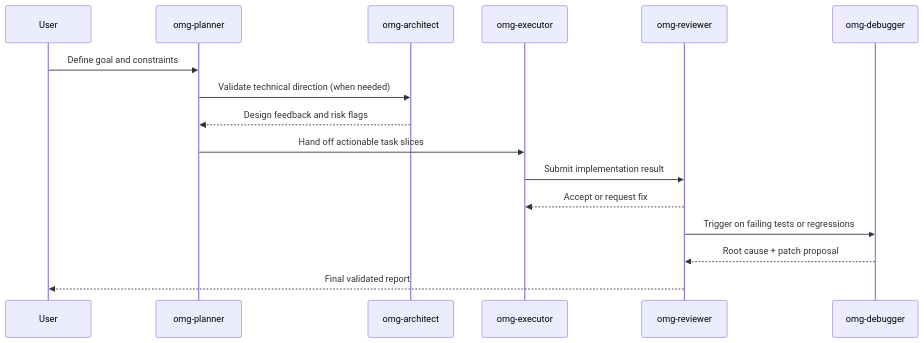
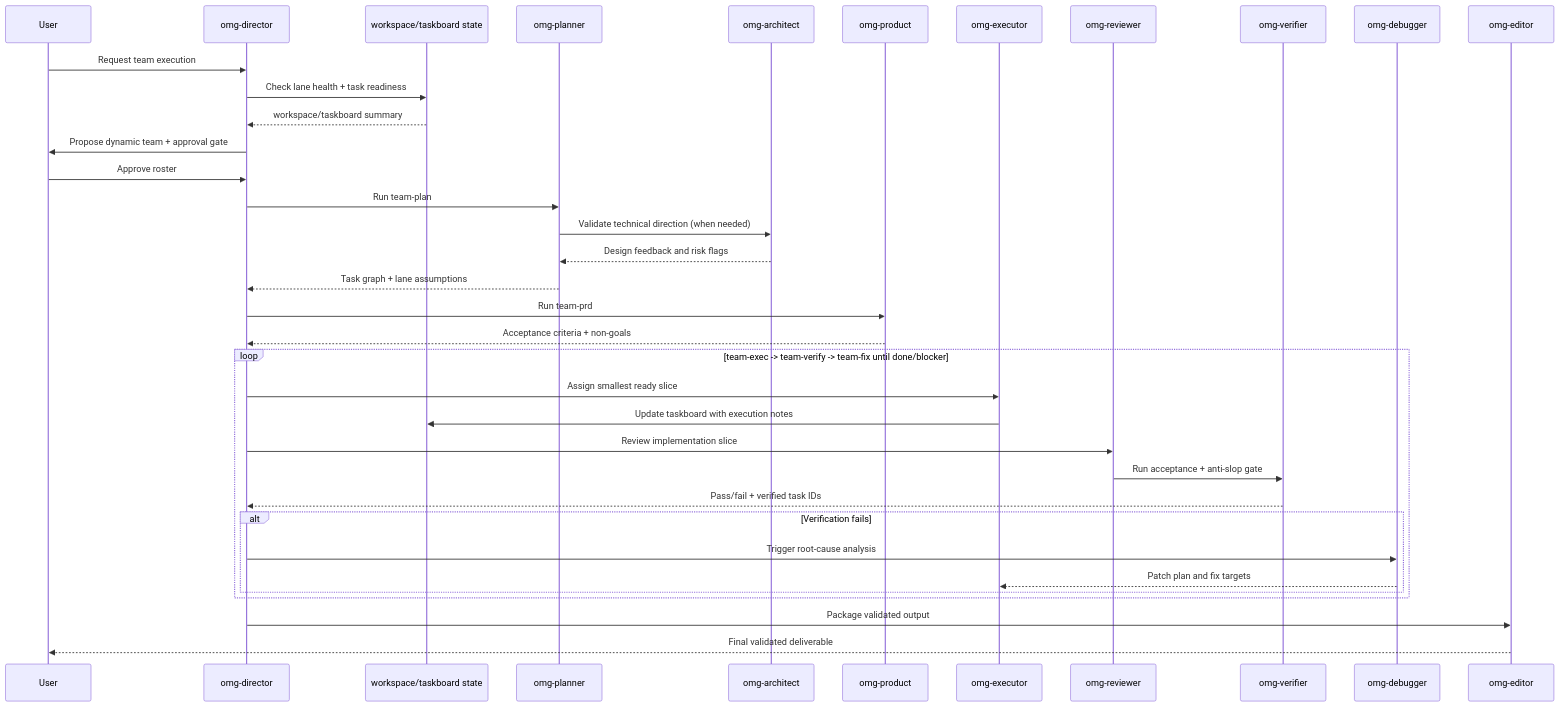
One commit to randi65535/oh-my-gemini-cli changed the second of 2 diagrams in docs/README_es.md. Above: the diagram before and after it, drawn with Mermaid. The commit also changed other lines of this file and 3 other files, not shown here.

````diff
--- a/docs/README_es.md
+++ b/docs/README_es.md
@@ -64,19 +128,41 @@
 ```mermaid
 sequenceDiagram
     participant User
+    participant Director as omg-director
+    participant Workspace as workspace/taskboard state
     participant Planner as omg-planner
     participant Architect as omg-architect
+    participant Product as omg-product
     participant Executor as omg-executor
     participant Reviewer as omg-reviewer
+    participant Verifier as omg-verifier
     participant Debugger as omg-debugger
+    participant Editor as omg-editor
 
-    User->>Planner: Define goal and constraints
+    User->>Director: Request team execution
+    Director->>Workspace: Check lane health + task readiness
+    Workspace-->>Director: workspace/taskboard summary
+    Director->>User: Propose dynamic team + approval gate
+    User->>Director: Approve roster
+    Director->>Planner: Run team-plan
     Planner->>Architect: Validate technical direction (when needed)
     Architect-->>Planner: Design feedback and risk flags
-    Planner->>Executor: Hand off actionable task slices
-    Executor->>Reviewer: Submit implementation result
-    Reviewer-->>Executor: Accept or request fix
-    Reviewer->>Debugger: Trigger on failing tests or regressions
-    Debugger-->>Reviewer: Root cause + patch proposal
-    Reviewer-->>User: Final validated report
+    Planner-->>Director: Task graph + lane assumptions
+    Director->>Product: Run team-prd
+    Product-->>Director: Acceptance criteria + non-goals
+
+    loop team-exec -> team-verify -> team-fix until done/blocker
+        Director->>Executor: Assign smallest ready slice
+        Executor->>Workspace: Update taskboard with execution notes
+        Director->>Reviewer: Review implementation slice
+        Reviewer->>Verifier: Run acceptance + anti-slop gate
+        Verifier-->>Director: Pass/fail + verified task IDs
+        alt Verification fails
+            Director->>Debugger: Trigger root-cause analysis
+            Debugger-->>Executor: Patch plan and fix targets
+        end
+    end
+
+    Director->>Editor: Package validated output
+    Editor-->>User: Final validated deliverable
 ```
````
